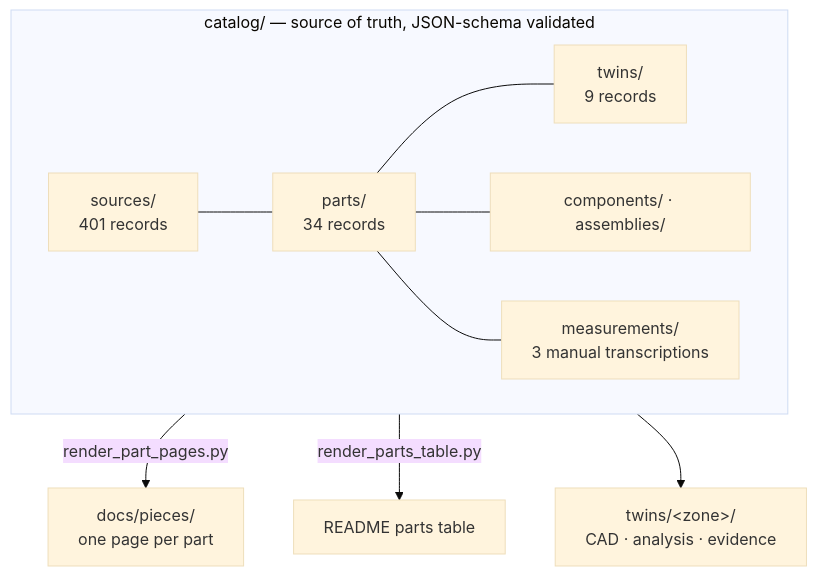
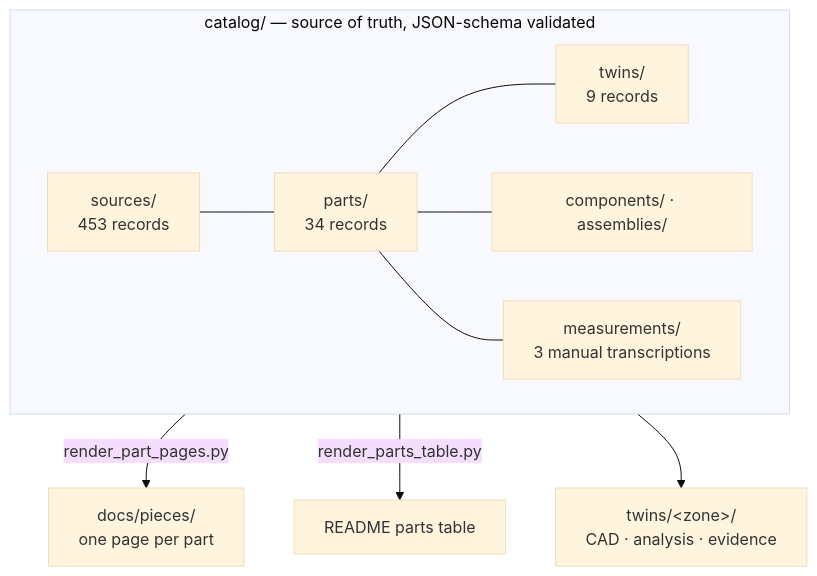
One commit to cluster2600/porscheparts changed the fourth of 4 diagrams in README.md. Above: the diagram before and after it, drawn with Mermaid (base theme). The commit also changed other lines of this file and 106 other files, not shown here.

````diff
--- a/README.md
+++ b/README.md
@@ -368,13 +368,13 @@
 ```mermaid
 flowchart TB
     subgraph catalog["catalog/ — source of truth, JSON-schema validated"]
       direction LR
-      src["sources/<br/>401 records"] --- prt["parts/<br/>34 records"]
+      src["sources/<br/>453 records"] --- prt["parts/<br/>34 records"]
       prt --- tw["twins/<br/>9 records"]
       prt --- cmp["components/ · assemblies/"]
       prt --- mea["measurements/<br/>3 manual transcriptions"]
     end
     prt -- "render_part_pages.py" --> pages["docs/pieces/<br/>one page per part"]
     prt -- "render_parts_table.py" --> table["README parts table"]
     tw --> twins["twins/&lt;zone&gt;/<br/>CAD · analysis · evidence"]
 ```
````
